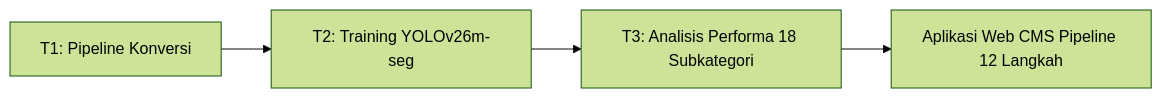
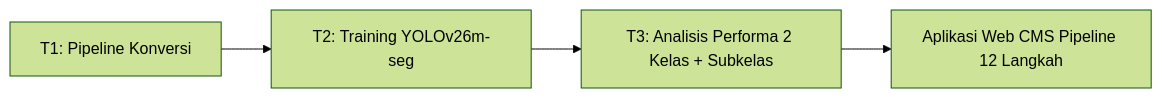
One commit to aryaw/SmartBin changed the third of 3 diagrams in proposalPaper/BAB I.md. Above: the diagram before and after it, drawn with Mermaid (forest theme). The commit also changed other lines of this file and 18 other files, not shown here.

````diff
--- a/proposalPaper/BAB I.md
+++ b/proposalPaper/BAB I.md
@@ -41,6 +45,6 @@
 ```mermaid
 flowchart LR
     T1[T1: Pipeline Konversi] --> T2[T2: Training YOLOv26m-seg]
-    T2 --> T3[T3: Analisis Performa 18 Subkategori]
+    T2 --> T3[T3: Analisis Performa 2 Kelas + Subkelas]
     T3 --> T4[Aplikasi Web CMS Pipeline 12 Langkah]
 ```
````
